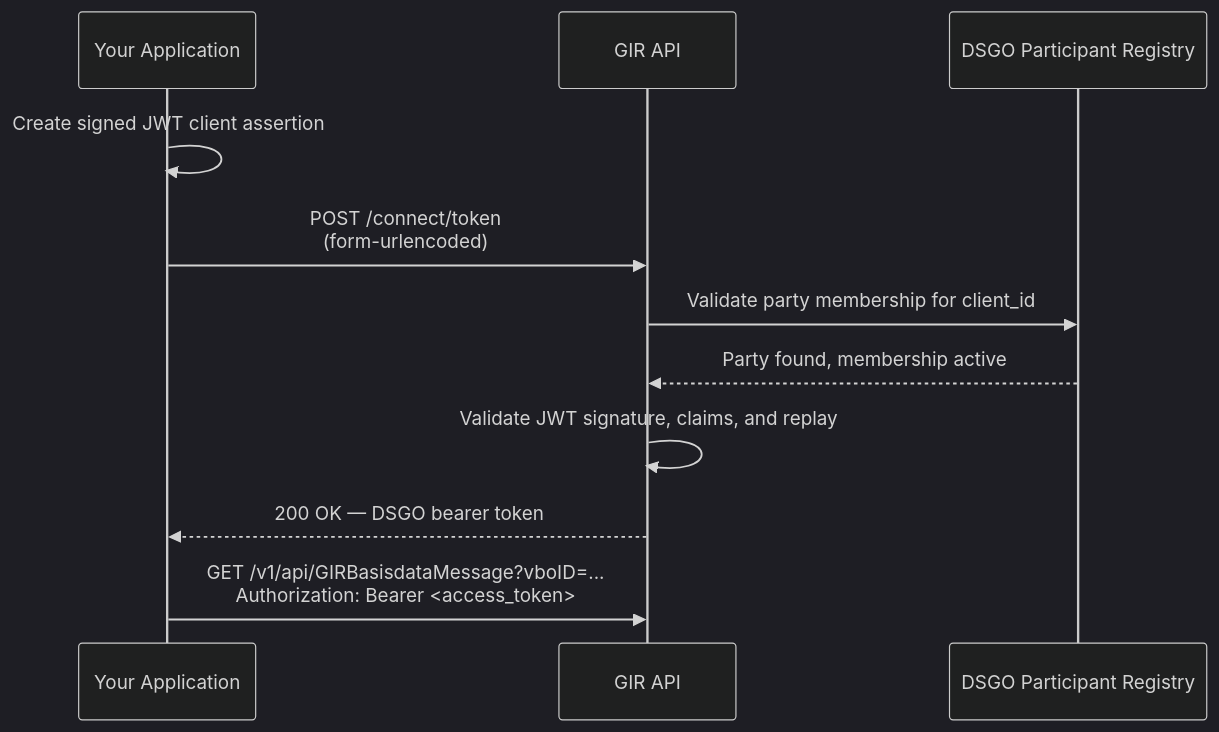
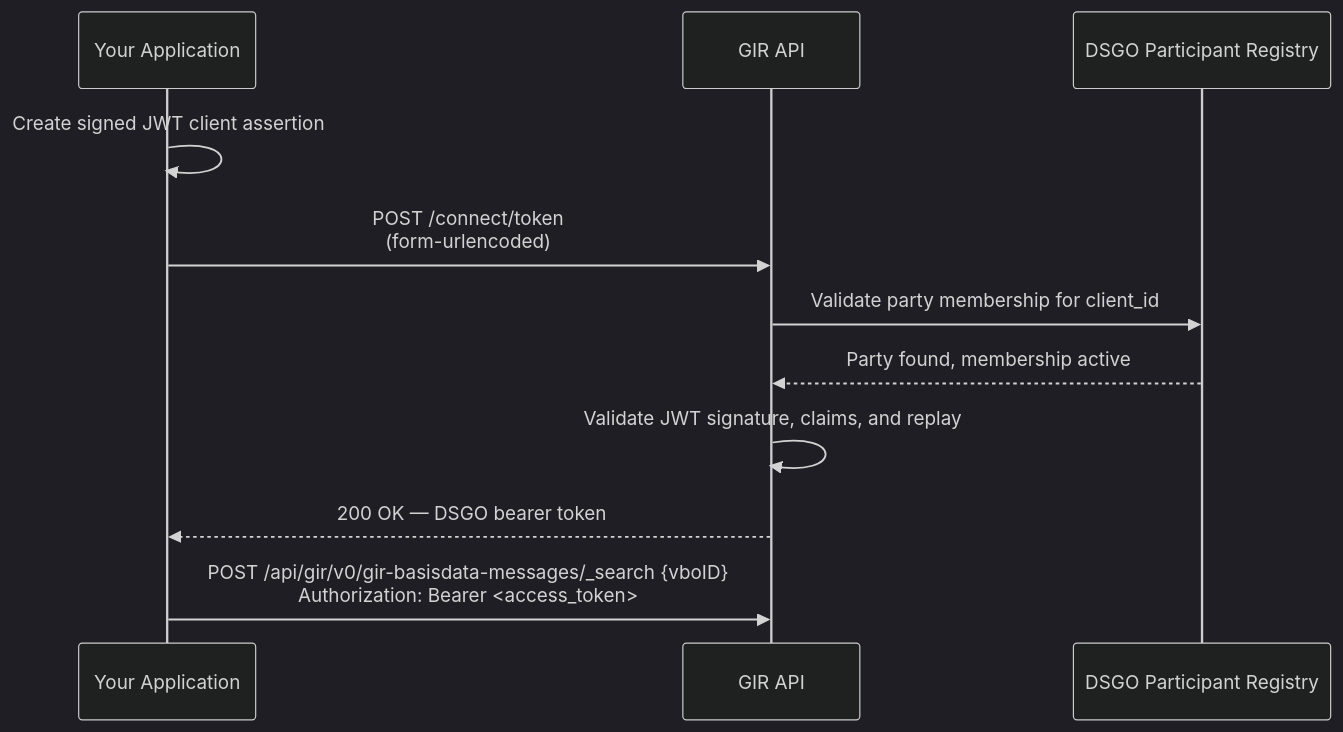
The diagram in gir/connect-token.md (POORT8/Poort8.Docs), drawn with Mermaid (dark theme) before and after one commit. The commit also changed other lines of this file and 10 other files, not shown here.

````diff
--- a/gir/connect-token.md
+++ b/gir/connect-token.md
@@ -29,14 +29,14 @@
 ```mermaid
 sequenceDiagram
     participant App as Your Application
     participant GIR as GIR API
     participant SAT as DSGO Participant Registry
 
     App->>App: Create signed JWT client assertion
     App->>GIR: POST /connect/token<br/>(form-urlencoded)
     GIR->>SAT: Validate party membership for client_id
     SAT-->>GIR: Party found, membership active
     GIR->>GIR: Validate JWT signature, claims, and replay
     GIR-->>App: 200 OK — DSGO bearer token
-    App->>GIR: GET /v1/api/GIRBasisdataMessage?vboID=...<br/>Authorization: Bearer <access_token>
+    App->>GIR: POST /api/gir/v0/gir-basisdata-messages/_search {vboID}<br/>Authorization: Bearer <access_token>
 ```
````
